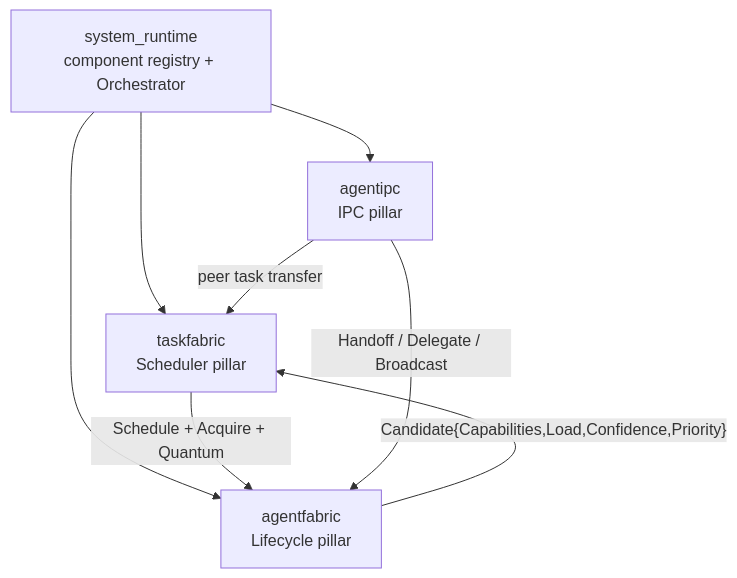
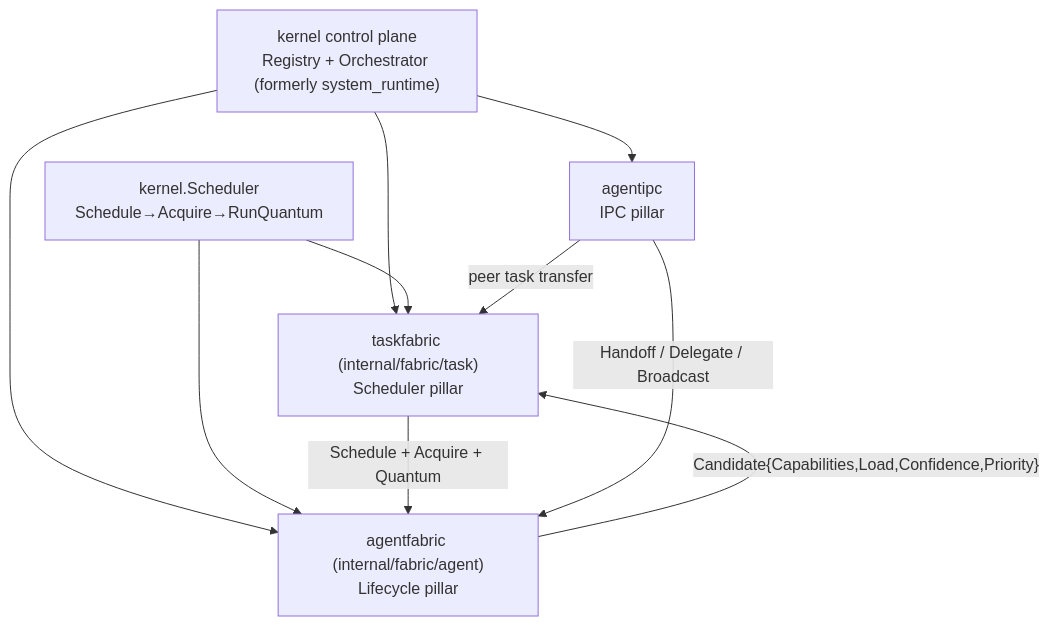
The second of 2 diagrams in content/architecture/_index.en.md (Timwood0x10/ARES_Docs), drawn with Mermaid before and after one commit. The commit also changed other lines of this file and 75 other files, not shown here.

Commit message:
docs(architecture): Update runtime layering and ARES Kernel documentation

````diff
--- a/content/architecture/_index.en.md
+++ b/content/architecture/_index.en.md
@@ -229,10 +237,12 @@
 ```mermaid
 flowchart TD
-    SR["system_runtime<br/>component registry + Orchestrator"] --> TF["taskfabric<br/>Scheduler pillar"]
-    SR --> AF["agentfabric<br/>Lifecycle pillar"]
+    SR["kernel control plane<br/>Registry + Orchestrator (formerly system_runtime)"] --> TF["taskfabric (internal/fabric/task)<br/>Scheduler pillar"]
+    SR --> AF["agentfabric (internal/fabric/agent)<br/>Lifecycle pillar"]
     SR --> IP["agentipc<br/>IPC pillar"]
+    KS["kernel.Scheduler<br/>Schedule→Acquire→RunQuantum"] --> TF
+    KS --> AF
     TF -- "Schedule + Acquire + Quantum" --> AF
     IP -- "Handoff / Delegate / Broadcast" --> AF
     IP -- "peer task transfer" --> TF
     AF -- "Candidate{Capabilities,Load,Confidence,Priority}" --> TF
 ```
````
